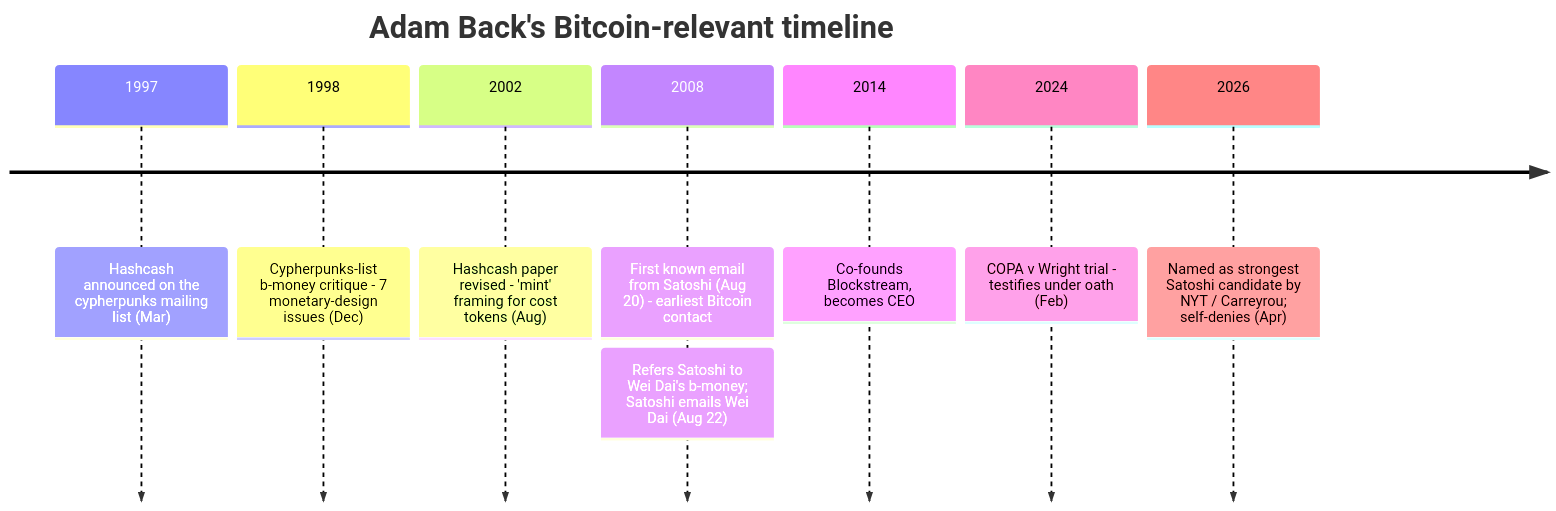
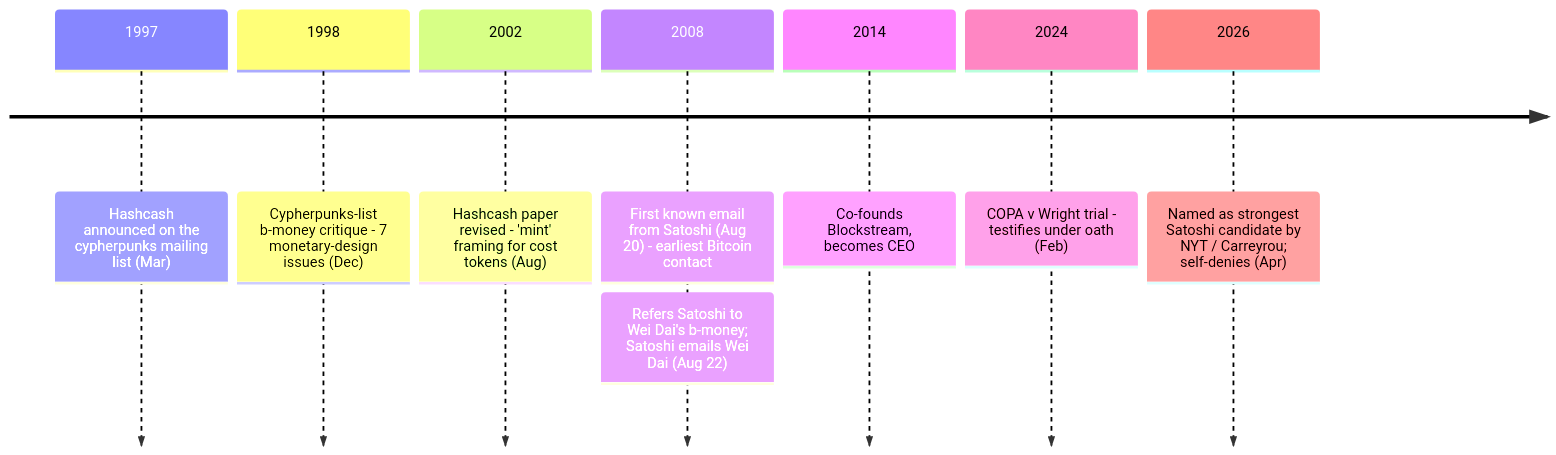
One commit to cypher256/BitcoinArchive changed the diagram in src/data/entries/en/aftermath/2008-08-20-adam-back-biography.md. Above: the diagram before and after it, drawn with Mermaid. The commit also changed other lines of this file and 50 other files, not shown here.

````diff
--- a/src/data/entries/en/aftermath/2008-08-20-adam-back-biography.md
+++ b/src/data/entries/en/aftermath/2008-08-20-adam-back-biography.md
@@ -50,12 +52,11 @@
 ```mermaid
 timeline
-    title Adam Back's Bitcoin-relevant timeline
     1997 : Hashcash announced on the cypherpunks mailing list (Mar)
     1998 : Cypherpunks-list b-money critique - 7 monetary-design issues (Dec)
     2002 : Hashcash paper revised - 'mint' framing for cost tokens (Aug)
     2008 : First known email from Satoshi (Aug 20) - earliest Bitcoin contact
          : Refers Satoshi to Wei Dai's b-money; Satoshi emails Wei Dai (Aug 22)
     2014 : Co-founds Blockstream, becomes CEO
     2024 : COPA v Wright trial - testifies under oath (Feb)
     2026 : Named as strongest Satoshi candidate by NYT / Carreyrou; self-denies (Apr)
 ```
````
